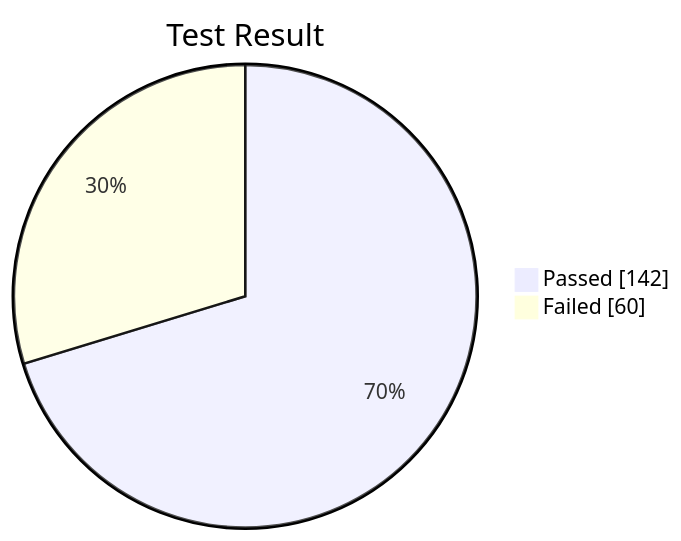
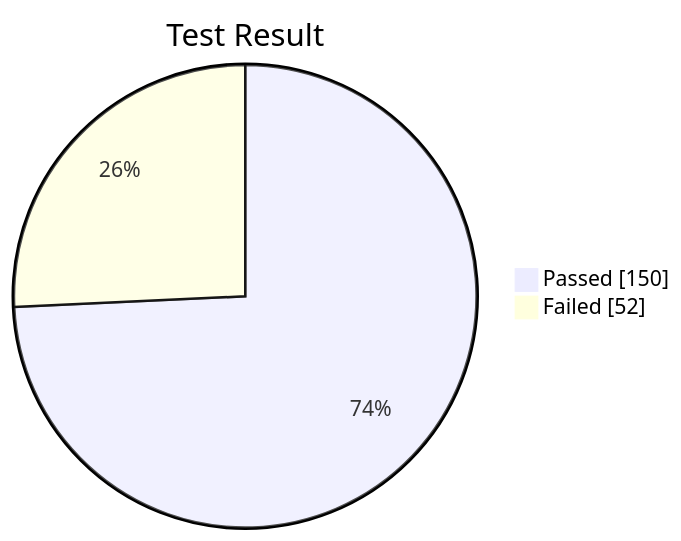
The diagram in judge/woowacourse-precourse/java-menu/README.md (solo5star/woowacourse-precourse-judge), drawn with Mermaid before and after one commit. The commit also changed other lines of this file and 10 other files, not shown here.

````diff
--- a/judge/woowacourse-precourse/java-menu/README.md
+++ b/judge/woowacourse-precourse/java-menu/README.md
@@ -9,6 +9,6 @@
 ```mermaid
 pie showData
     title Test Result
-    "Passed": 142
-    "Failed": 60
+    "Passed": 150
+    "Failed": 52
 ```
````
